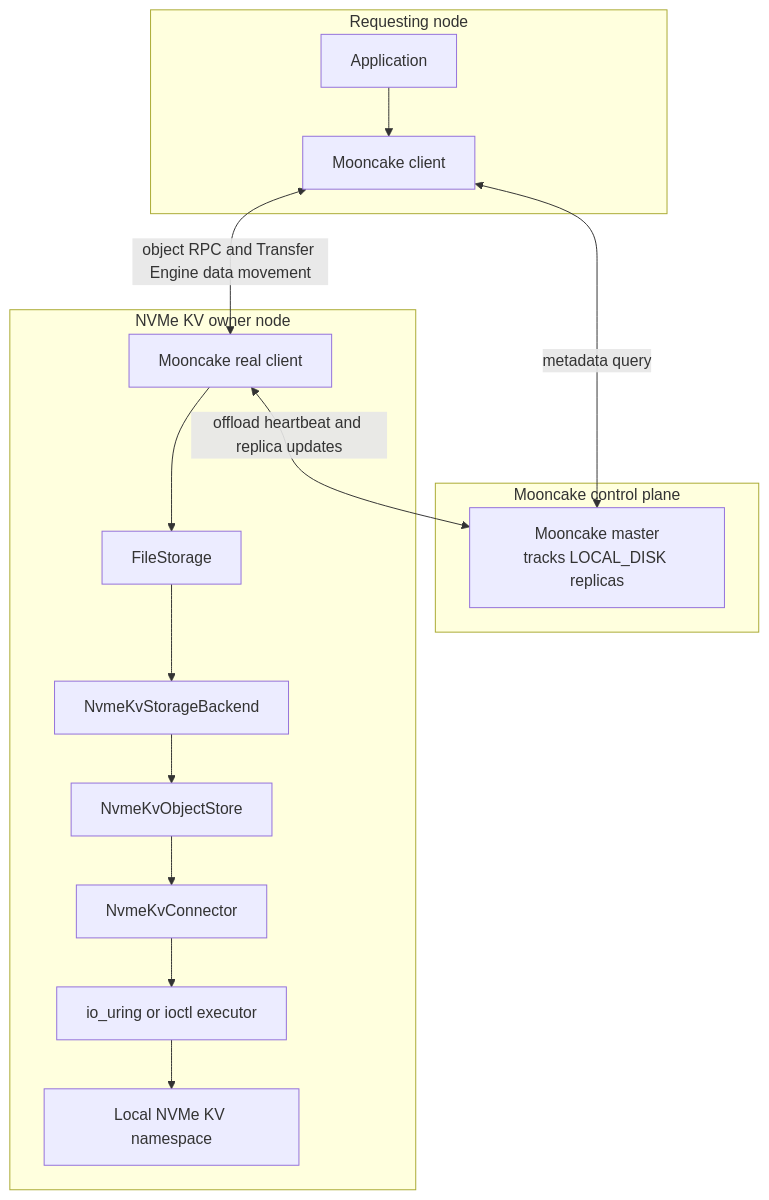
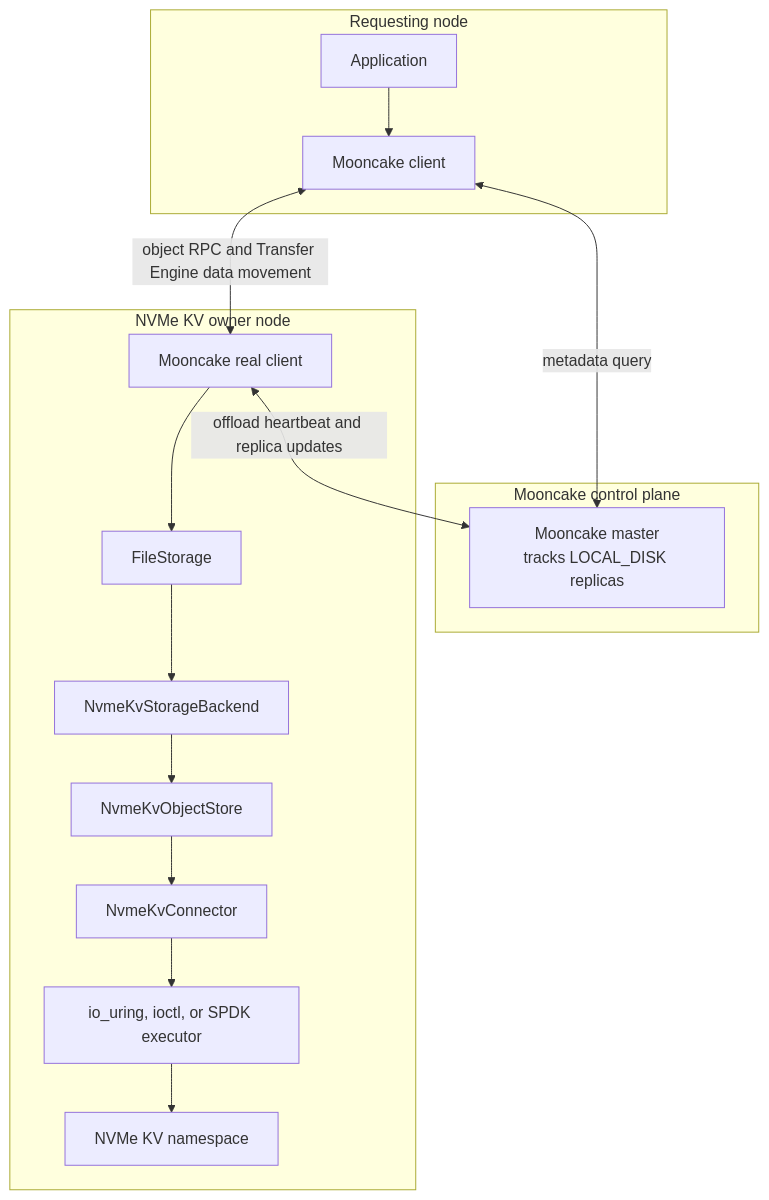
One commit to kvcache-ai/Mooncake changed the first of 3 diagrams in docs/source/design/store/nvme-kv-backend.md. Above: the diagram before and after it, drawn with Mermaid. The commit also changed other lines of this file and 22 other files, not shown here.

Commit message:
[Store] Add SPDK NVMe KV validation

````diff
--- a/docs/source/design/store/nvme-kv-backend.md
+++ b/docs/source/design/store/nvme-kv-backend.md
@@ -25,28 +25,28 @@
 ```mermaid
 flowchart TB
     subgraph Control["Mooncake control plane"]
         Master["Mooncake master\ntracks LOCAL_DISK replicas"]
     end
 
     subgraph Requester["Requesting node"]
         App["Application"]
         RequestClient["Mooncake client"]
         App --> RequestClient
     end
 
     subgraph Owner["NVMe KV owner node"]
         RealClient["Mooncake real client"]
         FileStorage["FileStorage"]
         Backend["NvmeKvStorageBackend"]
         ObjectStore["NvmeKvObjectStore"]
         Connector["NvmeKvConnector"]
-        Executor["io_uring or ioctl executor"]
-        Device["Local NVMe KV namespace"]
+        Executor["io_uring, ioctl, or SPDK executor"]
+        Device["NVMe KV namespace"]
 
         RealClient --> FileStorage --> Backend --> ObjectStore --> Connector --> Executor --> Device
     end
 
     RequestClient <-->|"metadata query"| Master
     RealClient <-->|"offload heartbeat and replica updates"| Master
     RequestClient <-->|"object RPC and Transfer Engine data movement"| RealClient
 ```
````
